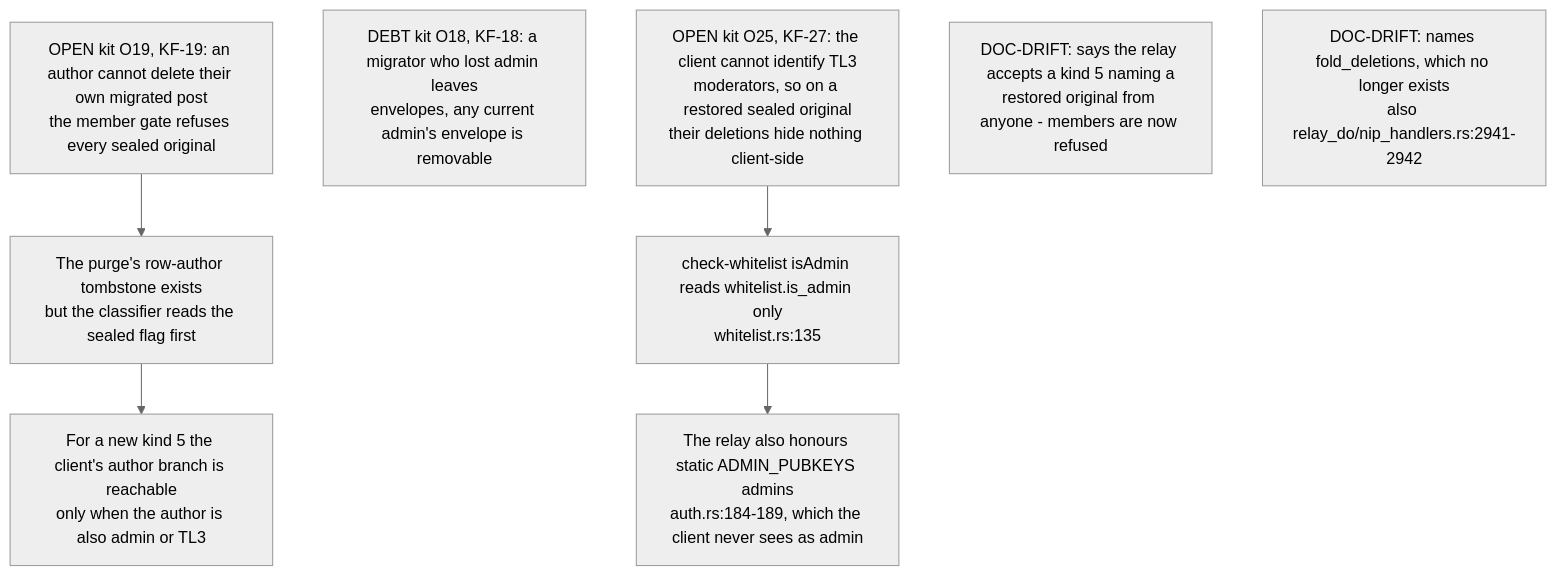
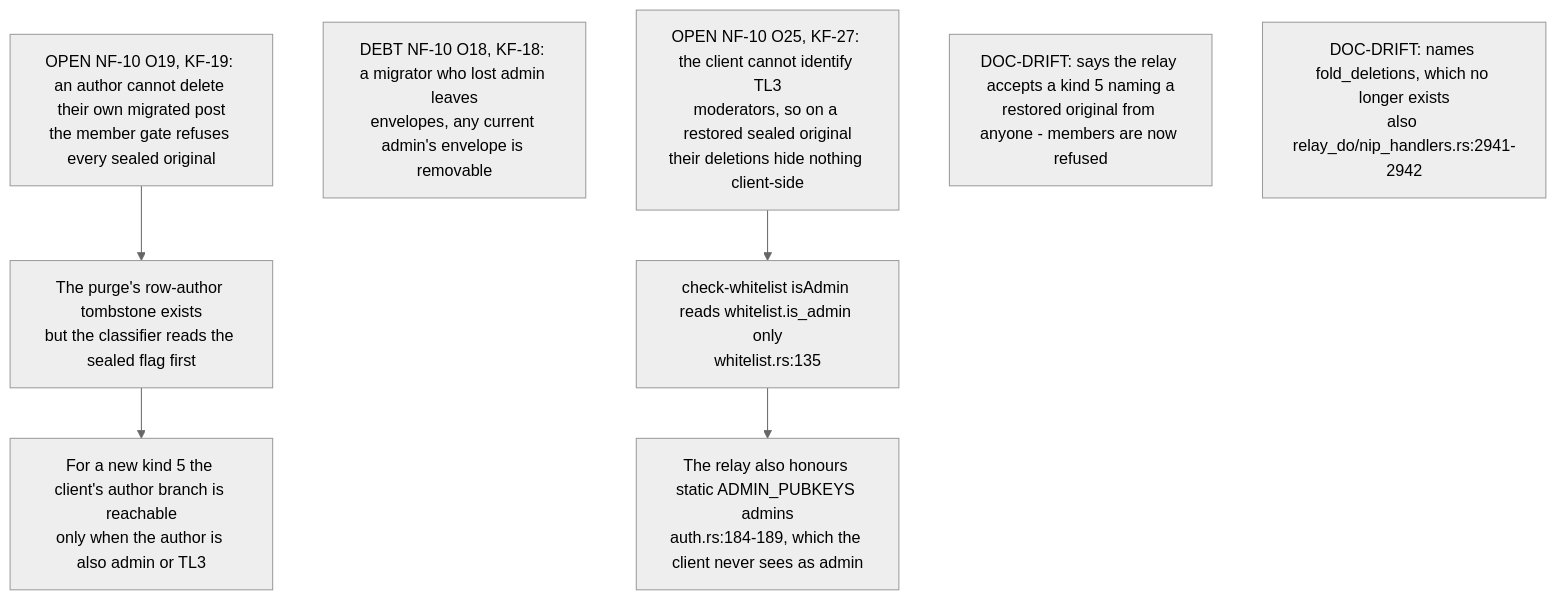
The eighth of 8 diagrams in docs/diagrams/nostr-rust-forum/26-sealed-history-migration-and-reader-contracts.md (DreamLab-AI/VisionFlow), drawn with Mermaid (neutral theme) before and after one commit. The commit also changed 13 other files, not shown here.

First line of the commit message:
diagrams(nostr-rust-forum): fold the last kit-only diagram content into the corpus

````diff
--- a/docs/diagrams/nostr-rust-forum/26-sealed-history-migration-and-reader-contracts.md
+++ b/docs/diagrams/nostr-rust-forum/26-sealed-history-migration-and-reader-contracts.md
@@ -202,26 +202,26 @@
 ```mermaid
 flowchart TB
     %% Source: ../nostr-rust-forum/crates/nostr-bbs-relay-worker/src/relay_do/nip_handlers.rs:2963
-    O19["OPEN kit O19, KF-19: an author cannot delete their own migrated post<br/>the member gate refuses every sealed original"]
+    O19["OPEN NF-10 O19, KF-19: an author cannot delete their own migrated post<br/>the member gate refuses every sealed original"]
     %% Source: ../nostr-rust-forum/crates/nostr-bbs-relay-worker/src/lib.rs:870
     O19B["The purge's row-author tombstone exists<br/>but the classifier reads the sealed flag first"]
     %% Source: ../nostr-rust-forum/crates/nostr-bbs-forum-client/src/stores/tombstones.rs:121
     DEAD["For a new kind 5 the client's author branch is reachable<br/>only when the author is also admin or TL3"]
     %% Source: ../nostr-rust-forum/crates/nostr-bbs-relay-worker/src/relay_do/nip_handlers.rs:3396
-    O18["DEBT kit O18, KF-18: a migrator who lost admin leaves<br/>envelopes, any current admin's envelope is removable"]
+    O18["DEBT NF-10 O18, KF-18: a migrator who lost admin leaves<br/>envelopes, any current admin's envelope is removable"]
     %% Source: ../nostr-rust-forum/crates/nostr-bbs-forum-client/src/stores/tombstones.rs:17
-    O25["OPEN kit O25, KF-27: the client cannot identify TL3<br/>moderators, so on a restored sealed original<br/>their deletions hide nothing client-side"]
+    O25["OPEN NF-10 O25, KF-27: the client cannot identify TL3<br/>moderators, so on a restored sealed original<br/>their deletions hide nothing client-side"]
     %% Source: ../nostr-rust-forum/crates/nostr-bbs-relay-worker/src/whitelist.rs:180
     O25B["check-whitelist isAdmin reads whitelist.is_admin only<br/>whitelist.rs:135"]
     %% Source: ../nostr-rust-forum/crates/nostr-bbs-relay-worker/src/auth.rs:184
     O25C["The relay also honours static ADMIN_PUBKEYS admins<br/>auth.rs:184-189, which the client never sees as admin"]
     %% Source: ../nostr-rust-forum/crates/nostr-bbs-forum-client/src/stores/tombstones.rs:13
     DRIFT1["DOC-DRIFT: says the relay accepts a kind 5 naming a<br/>restored original from anyone - members are now refused"]
     %% Source: ../nostr-rust-forum/crates/nostr-bbs-relay-worker/src/admin_events.rs:18
     DRIFT2["DOC-DRIFT: names fold_deletions, which no longer exists<br/>also relay_do/nip_handlers.rs:2941-2942"]
     O19 --> O19B --> DEAD
     O25 --> O25B --> O25C
     O18
     DRIFT1
     DRIFT2
 ```
````
